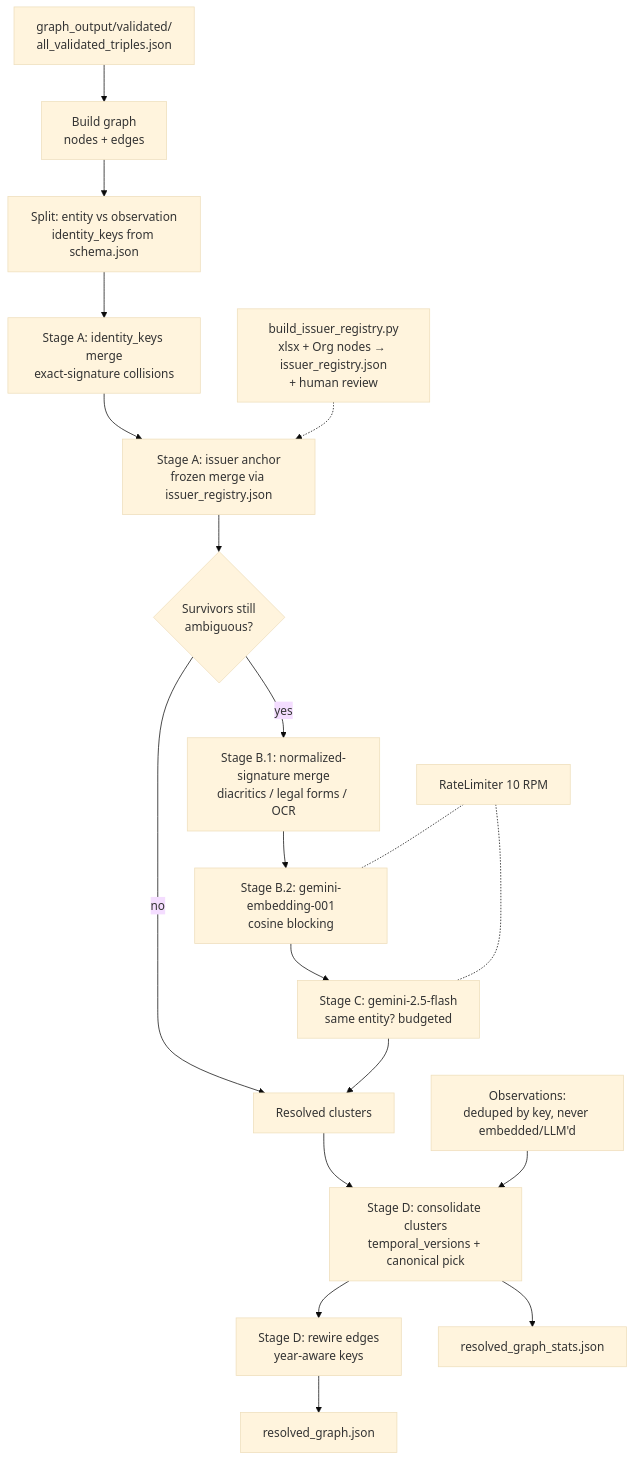
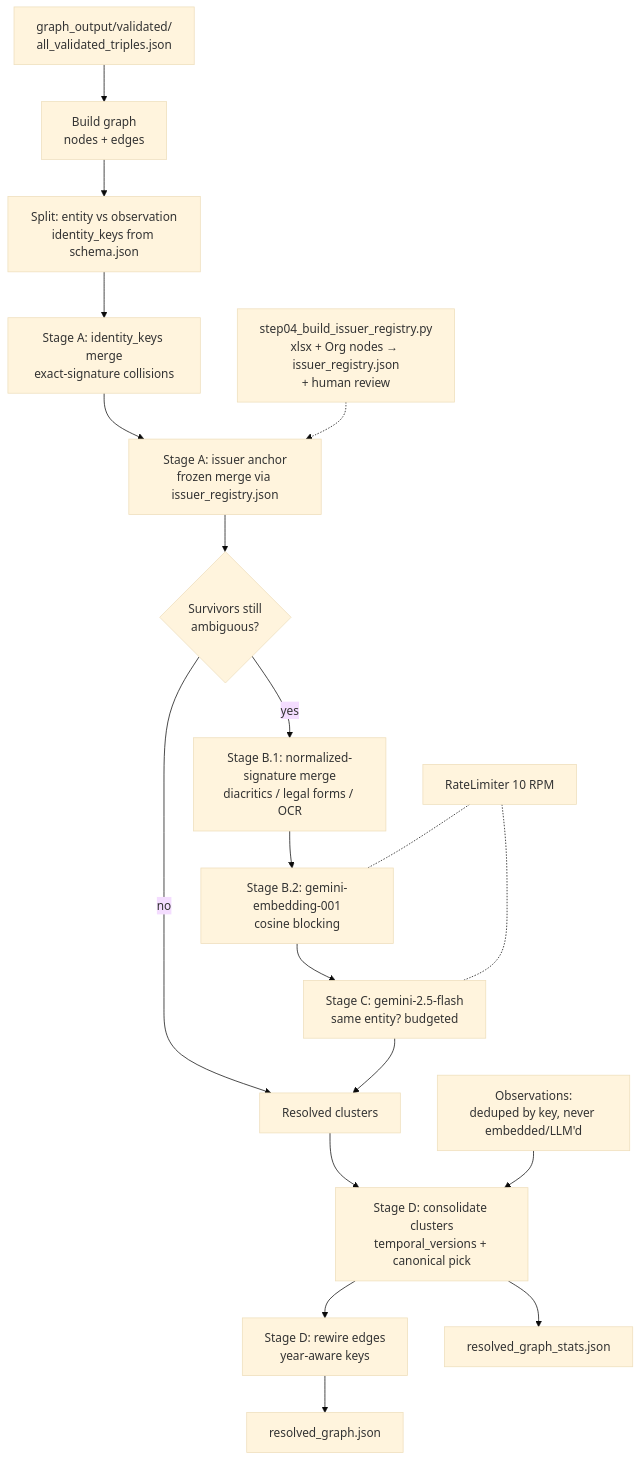
Before and after one commit to TranBaDat2607/capstone_test1: the diagram in docs/ENTITY_RESOLUTION.md, drawn with Mermaid (base theme). The commit also changed other lines of this file and 25 other files, not shown here.

````diff
--- a/docs/ENTITY_RESOLUTION.md
+++ b/docs/ENTITY_RESOLUTION.md
@@ -104,21 +104,21 @@
 ```mermaid
 flowchart TD
     A[graph_output/validated/<br/>all_validated_triples.json] --> B[Build graph<br/>nodes + edges]
     B --> C[Split: entity vs observation<br/>identity_keys from schema.json]
     C --> D[Stage A: identity_keys merge<br/>exact-signature collisions]
     D --> E[Stage A: issuer anchor<br/>frozen merge via issuer_registry.json]
-    RG[build_issuer_registry.py<br/>xlsx + Org nodes → issuer_registry.json<br/>+ human review] -.-> E
+    RG[step04_build_issuer_registry.py<br/>xlsx + Org nodes → issuer_registry.json<br/>+ human review] -.-> E
     E --> F{Survivors still<br/>ambiguous?}
     F -- no --> R[Resolved clusters]
     F -- yes --> G[Stage B.1: normalized-signature merge<br/>diacritics / legal forms / OCR]
     G --> H[Stage B.2: gemini-embedding-001<br/>cosine blocking]
     H --> I[Stage C: gemini-2.5-flash<br/>same entity? budgeted]
     I --> R
     R --> S[Stage D: consolidate clusters<br/>temporal_versions + canonical pick]
     S --> T[Stage D: rewire edges<br/>year-aware keys]
     T --> U[resolved_graph.json]
     S --> V[resolved_graph_stats.json]
     W[RateLimiter 10 RPM] -.- H
     W -.- I
     X[Observations:<br/>deduped by key, never embedded/LLM'd] --> S
 ```
````
